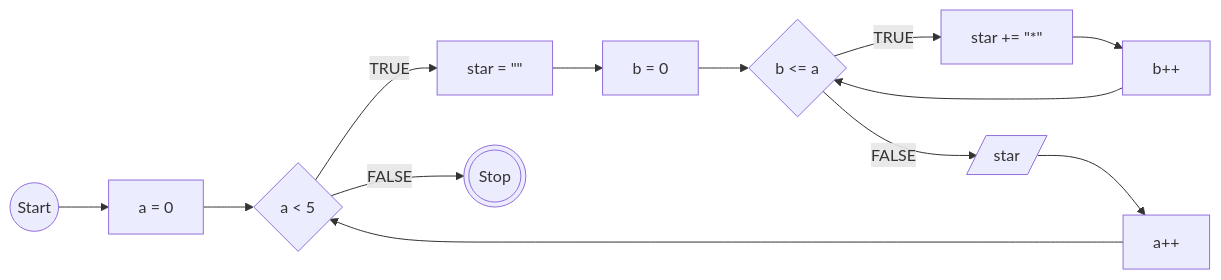
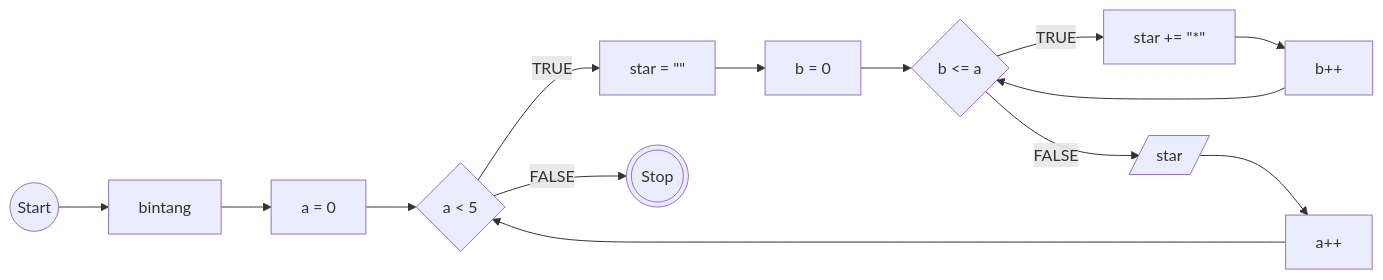
The second of 2 diagrams in README.md (ktsrqsdev/koda-b10-javascript3), drawn with Mermaid before and after one commit.

Commit message:
Update flowchart in README.md with new labels

````diff
--- a/README.md
+++ b/README.md
@@ -42,29 +42,31 @@
 ```mermaid
     flowchart LR
     A@{ shape: circle, label: "Start" }
+    B@{ shape: rect, label: "bintang" }
 
     C@{ shape: rect, label: "a = 0" }
     D@{ shape: diamond, label: "a < 5" }
     E@{ shape: rect, label: "star = #quot;#quot;" }
 
     F@{ shape: rect, label: "b = 0" }
     G@{ shape: diamond, label: "b <= a" }
     H@{ shape: rect, label: "star += #quot;*#quot;" }
     I@{ shape: rect, label: "b++" }
     J@{ shape: rect, label: "a++" }
     K@{ shape: lean-r, label: "star" }
     L@{ shape: dbl-circ, label: "Stop" }
 
-    A --> C
+    A --> B
+    B --> C
     C --> D
     D --TRUE--> E
     E --> F
     F --> G
     G --TRUE--> H
     H --> I
     I --> G
     G --FALSE--> K
     K --> J
     J --> D
     D --FALSE--> L
 ```
````
